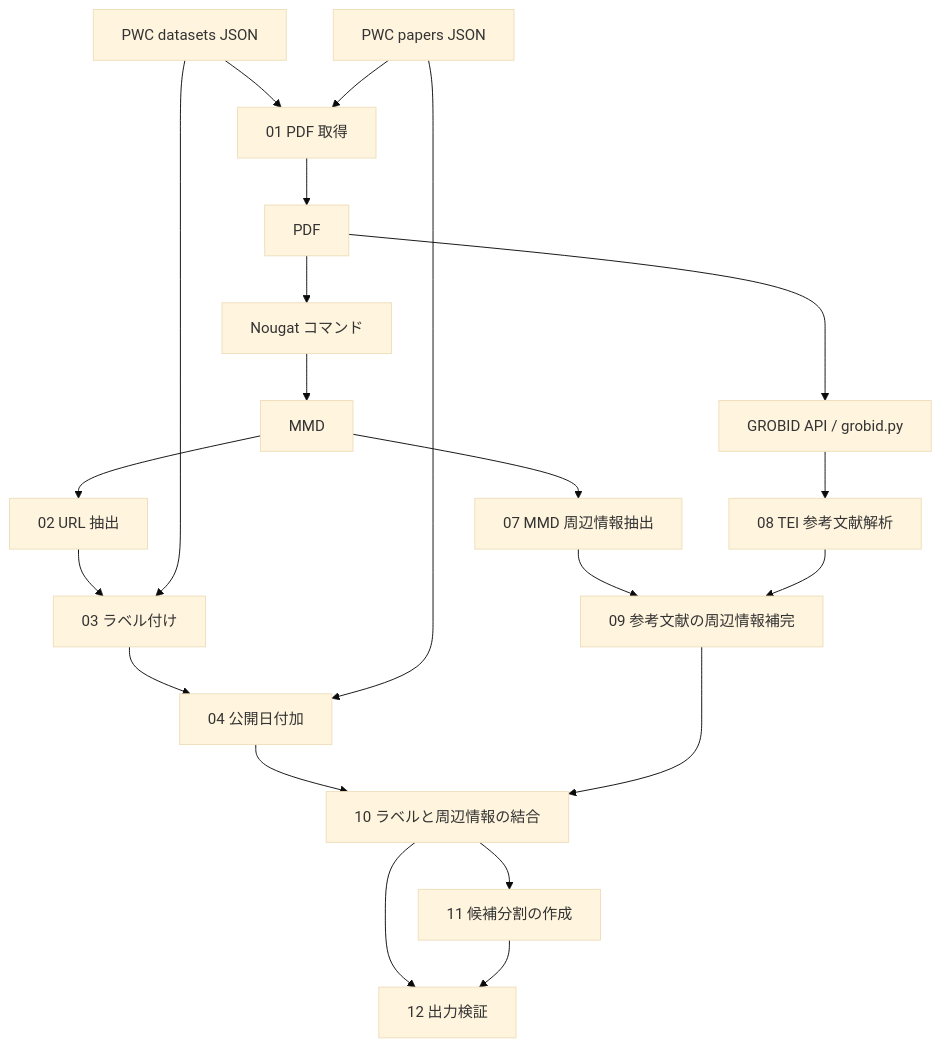
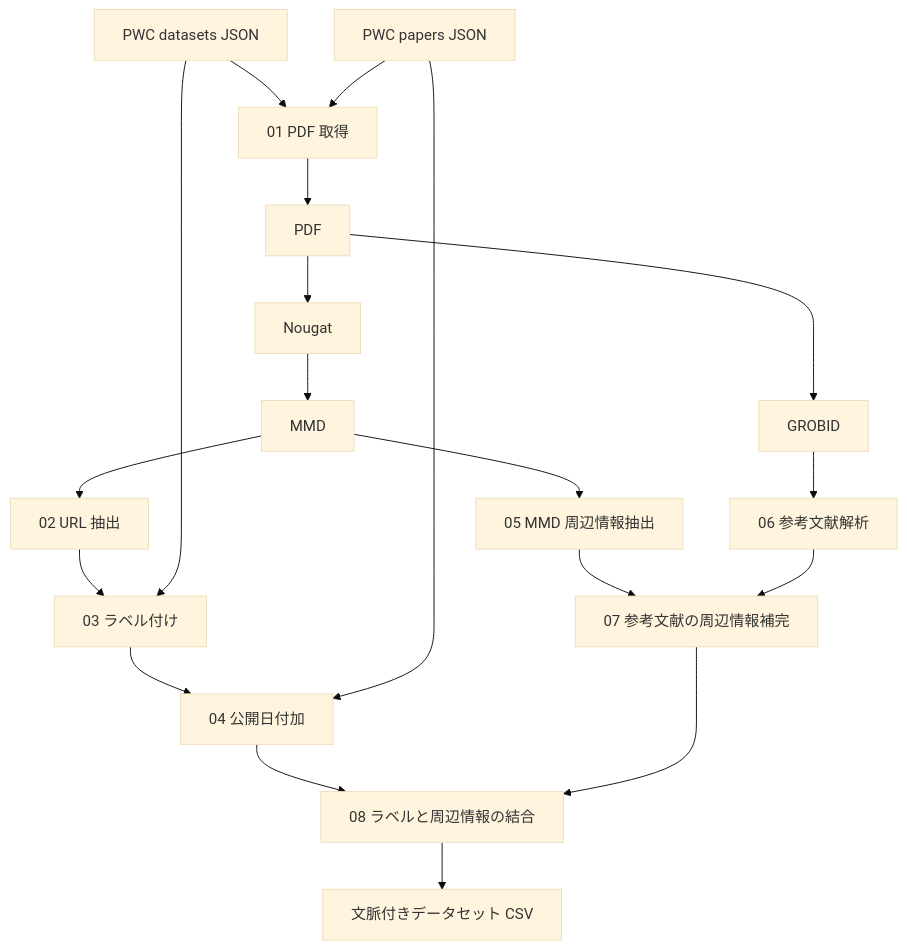
Before and after one commit to ryoma1014/data-producing: the diagram in data_construction_release/README_JA.md, drawn with Mermaid (base theme). The commit also changed other lines of this file and 39 other files, not shown here.

````diff
--- a/data_construction_release/README_JA.md
+++ b/data_construction_release/README_JA.md
@@ -10,23 +9,21 @@
 ```mermaid
 flowchart TD
     A[PWC datasets JSON] --> B[01 PDF 取得]
     P[PWC papers JSON] --> B
     B --> C[PDF]
-    C --> N[Nougat コマンド]
+    C --> N[Nougat]
     N --> M[MMD]
     M --> E[02 URL 抽出]
     E --> L[03 ラベル付け]
     A --> L
     L --> Y[04 公開日付加]
     P --> Y
-    M --> F[07 MMD 周辺情報抽出]
-    C --> G[GROBID API / grobid.py]
-    G --> X[08 TEI 参考文献解析]
-    F --> R[09 参考文献の周辺情報補完]
+    M --> F[05 MMD 周辺情報抽出]
+    C --> G[GROBID]
+    G --> X[06 参考文献解析]
+    F --> R[07 参考文献の周辺情報補完]
     X --> R
-    Y --> J[10 ラベルと周辺情報の結合]
+    Y --> J[08 ラベルと周辺情報の結合]
     R --> J
-    J --> S[11 候補分割の作成]
-    J --> V[12 出力検証]
-    S --> V
+    J --> D[文脈付きデータセット CSV]
 ```
````
